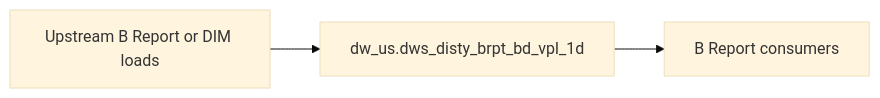
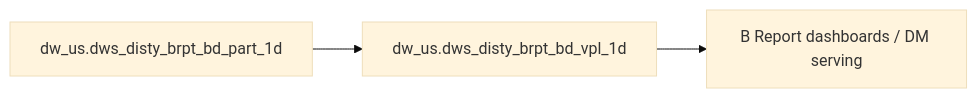
One commit to chengduhaha/data_agent changed the diagram in backend/defaults/b_report/workspace/target/knowledgebase/b-report-us/dws_disty_brpt_bd_vpl_1d.md. Above: the diagram before and after it, drawn with Mermaid (base theme). The commit also changed other lines of this file and 1108 other files, not shown here.

````diff
--- a/backend/defaults/b_report/workspace/target/knowledgebase/b-report-us/dws_disty_brpt_bd_vpl_1d.md
+++ b/backend/defaults/b_report/workspace/target/knowledgebase/b-report-us/dws_disty_brpt_bd_vpl_1d.md
@@ -154,8 +267,8 @@
 ```mermaid
 flowchart LR
-  upstream[Upstream B Report or DIM loads]
-  tgt["dw_us.dws_disty_brpt_bd_vpl_1d"]
-  brpt[B Report consumers]
-  upstream --> tgt
-  tgt --> brpt
+  dw_us_dws_disty_brpt_bd_vpl_1d["dw_us.dws_disty_brpt_bd_vpl_1d"]
+  src0["dw_us.dws_disty_brpt_bd_part_1d"]
+  src0 --> dw_us_dws_disty_brpt_bd_vpl_1d
+  consumers["B Report dashboards / DM serving"]
+  dw_us_dws_disty_brpt_bd_vpl_1d --> consumers
 ```
````
